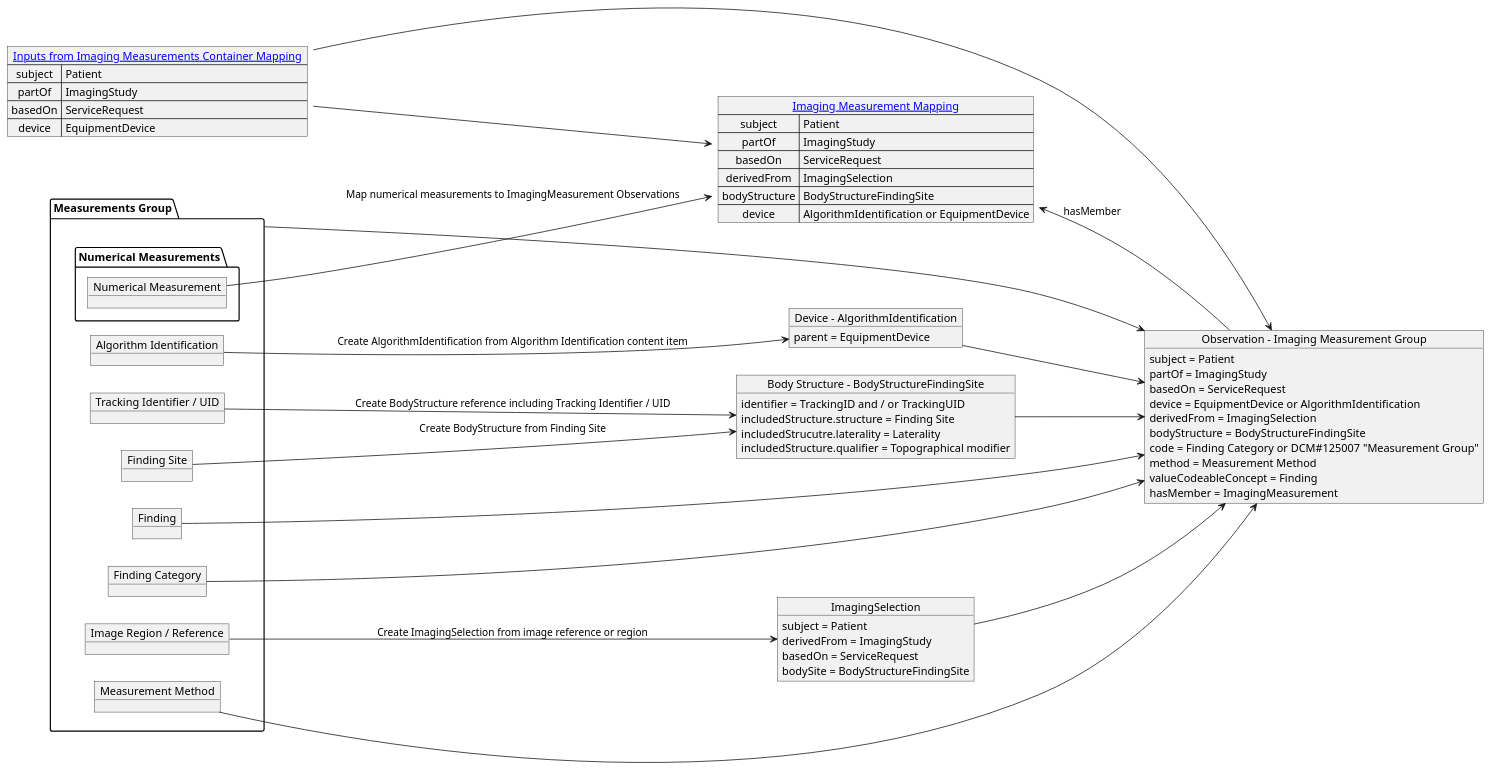
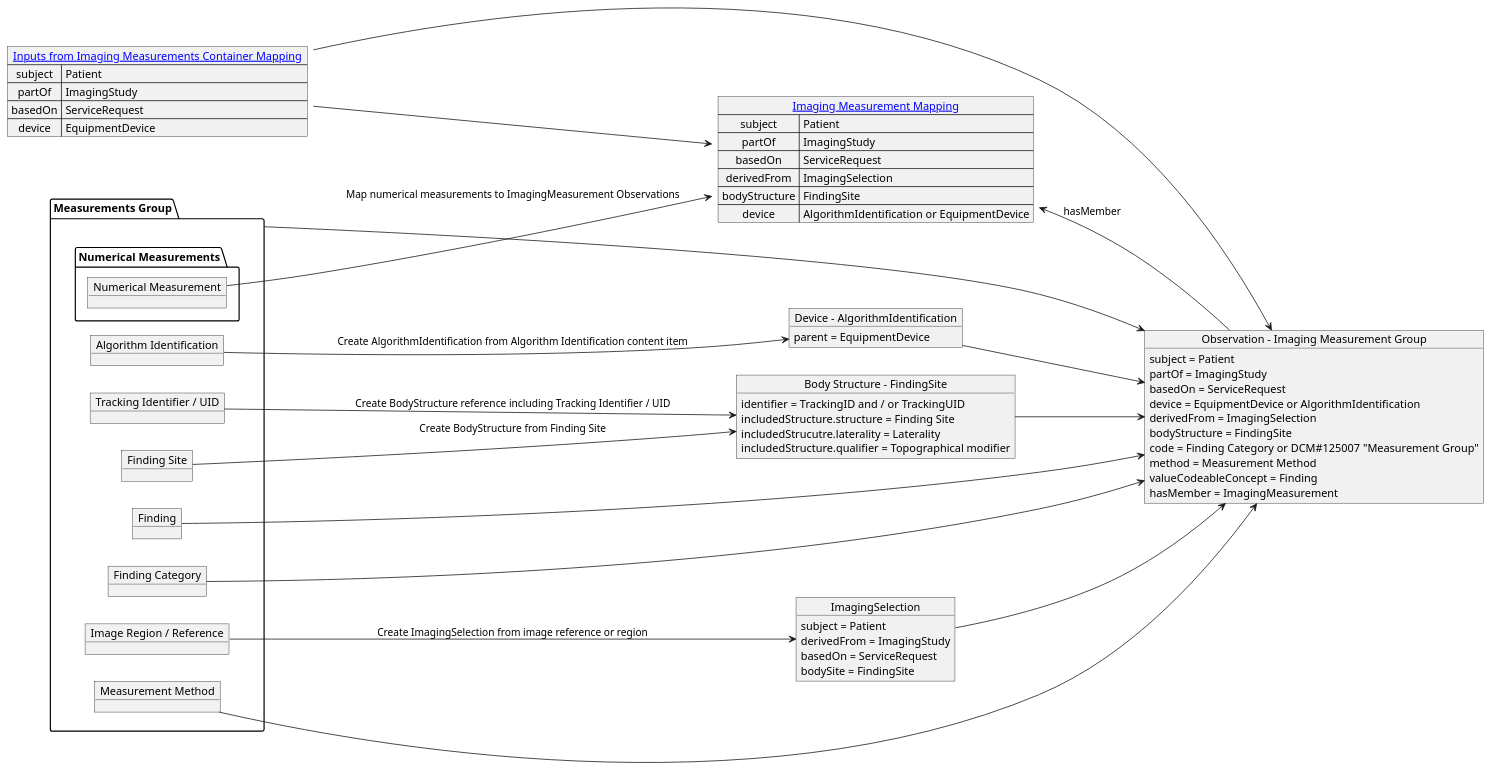
Before and after one commit to HL7/dicom-sr: the diagram in input/images-source/4_5_imaging_measurement_group_mapping.plantuml, drawn with PlantUML. The commit also changed 53 other files, not shown here.

```diff
--- a/input/images-source/4_5_imaging_measurement_group_mapping.plantuml
+++ b/input/images-source/4_5_imaging_measurement_group_mapping.plantuml
@@ -1,81 +1,81 @@
 @startuml imaging_measurement_group_mapping
 left to right direction
 
 map "[[mapping.html#imaging-measurements-container-mapping Inputs from Imaging Measurements Container Mapping]]" as inputs {
    subject => Patient
    partOf => ImagingStudy
    basedOn => ServiceRequest
    device => EquipmentDevice
 }
 
 package "Measurements Group" as measurementGroup {
    object "Algorithm Identification" as algorithm
    object "Tracking Identifier / UID" as tracking
    object "Finding" as finding
    object "Finding Category" as findingCategory
    object "Finding Site" as findingSite
    object "Image Region / Reference" as imageRegion
    object "Measurement Method" as method
    package "Numerical Measurements" {
     object "Numerical Measurement" as measurement
    }
 }
 
 object "Device - AlgorithmIdentification" as AlgorithmIdentification {
     parent = EquipmentDevice
 }
 
-object "Body Structure - BodyStructureFindingSite" as BodyStructureFindingSite {
+object "Body Structure - FindingSite" as FindingSite {
     identifier = TrackingID and / or TrackingUID
     includedStructure.structure = Finding Site
     includedStrucutre.laterality = Laterality
     includedStructure.qualifier = Topographical modifier
 }
 
 object ImagingSelection {
         subject = Patient
         derivedFrom = ImagingStudy
         basedOn = ServiceRequest
-        bodySite = BodyStructureFindingSite
+        bodySite = FindingSite
 }
 
 object "Observation - Imaging Measurement Group" as imagingMeasurementGroup {
     subject = Patient
     partOf = ImagingStudy
     basedOn = ServiceRequest
     device = EquipmentDevice or AlgorithmIdentification
     derivedFrom = ImagingSelection
-    bodyStructure = BodyStructureFindingSite
+    bodyStructure = FindingSite
     code = Finding Category or DCM#125007 "Measurement Group"
     method = Measurement Method
     valueCodeableConcept = Finding
     hasMember = ImagingMeasurement
 }
 
 map "[[mapping.html#imaging-measurement-mapping Imaging Measurement Mapping]]" as imagingMeasurementMap {
     subject => Patient
     partOf => ImagingStudy
     basedOn => ServiceRequest
     derivedFrom => ImagingSelection
-    bodyStructure => BodyStructureFindingSite
+    bodyStructure => FindingSite
     device => AlgorithmIdentification or EquipmentDevice
 }
 
 algorithm --> AlgorithmIdentification: Create AlgorithmIdentification from Algorithm Identification content item
-tracking --> BodyStructureFindingSite: Create BodyStructure reference including Tracking Identifier / UID
-findingSite --> BodyStructureFindingSite: Create BodyStructure from Finding Site
+tracking --> FindingSite: Create BodyStructure reference including Tracking Identifier / UID
+findingSite --> FindingSite: Create BodyStructure from Finding Site
 imageRegion --> ImagingSelection: Create ImagingSelection from image reference or region
 
 inputs --> imagingMeasurementGroup
 AlgorithmIdentification --> imagingMeasurementGroup
 finding --> imagingMeasurementGroup
 findingCategory --> imagingMeasurementGroup
-BodyStructureFindingSite --> imagingMeasurementGroup
+FindingSite --> imagingMeasurementGroup
 ImagingSelection --> imagingMeasurementGroup
 measurementGroup --> imagingMeasurementGroup
 method --> imagingMeasurementGroup
 
 inputs --> imagingMeasurementMap
 measurement --> imagingMeasurementMap: Map numerical measurements to ImagingMeasurement Observations
 imagingMeasurementMap <-- imagingMeasurementGroup: hasMember
 @enduml
```
